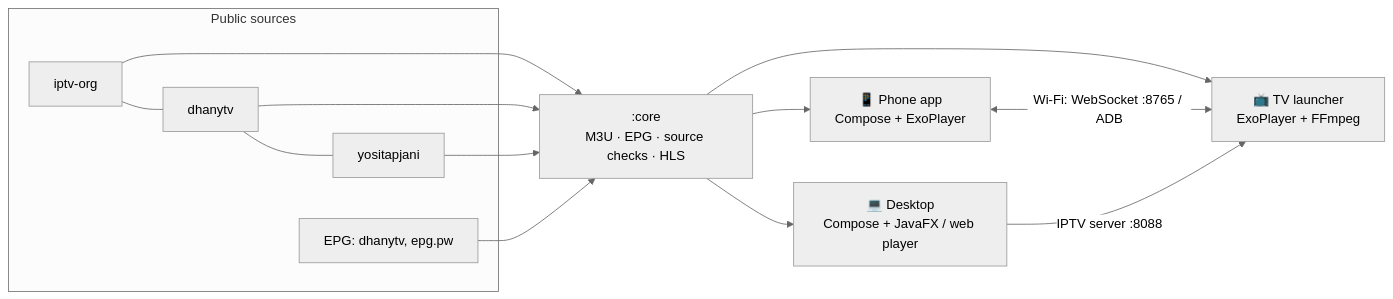
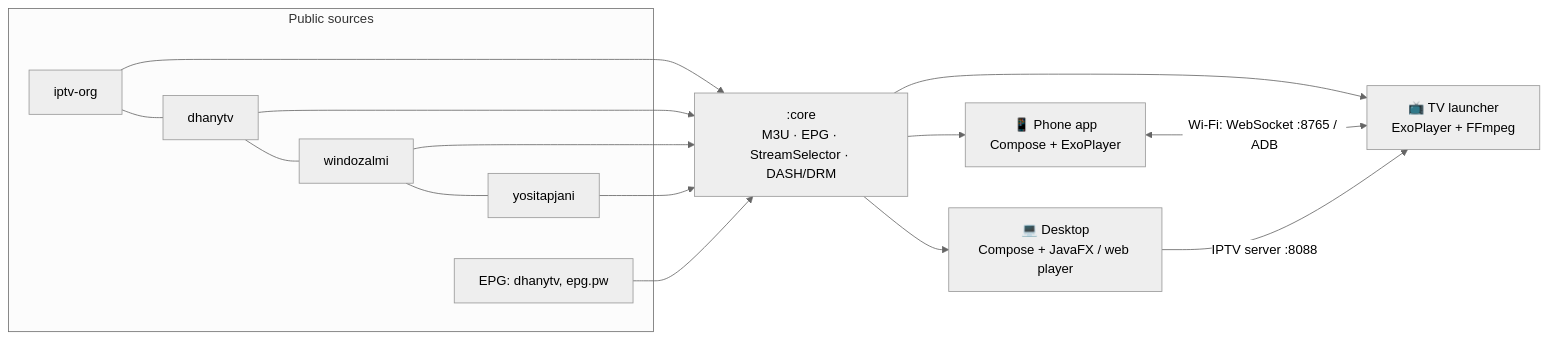
One commit to fk0u/cleanyourtv-tahoe changed the diagram in README.md. Above: the diagram before and after it, drawn with Mermaid (neutral theme). The commit also changed other lines of this file and 8 other files, not shown here.

Commit message:
docs: update README, changelog, architecture, sources, and Mi TV Stick screenshots

````diff
--- a/README.md
+++ b/README.md
@@ -122,14 +124,14 @@
 ```mermaid
 flowchart LR
   subgraph Public sources
-    A[iptv-org] --- B[dhanytv] --- C[yositapjani]
+    A[iptv-org] --- B[dhanytv] --- C[windozalmi] --- D[yositapjani]
     E[EPG: dhanytv, epg.pw]
   end
-  A & B & C --> Core[":core<br/>M3U · EPG · source checks · HLS"]
+  A & B & C & D --> Core[":core<br/>M3U · EPG · StreamSelector · DASH/DRM"]
   E --> Core
   Core --> TV["📺 TV launcher<br/>ExoPlayer + FFmpeg"]
   Core --> HP["📱 Phone app<br/>Compose + ExoPlayer"]
   Core --> PC["💻 Desktop<br/>Compose + JavaFX / web player"]
   HP <-- "Wi-Fi: WebSocket :8765 / ADB" --> TV
   PC -- "IPTV server :8088" --> TV
 ```
````
